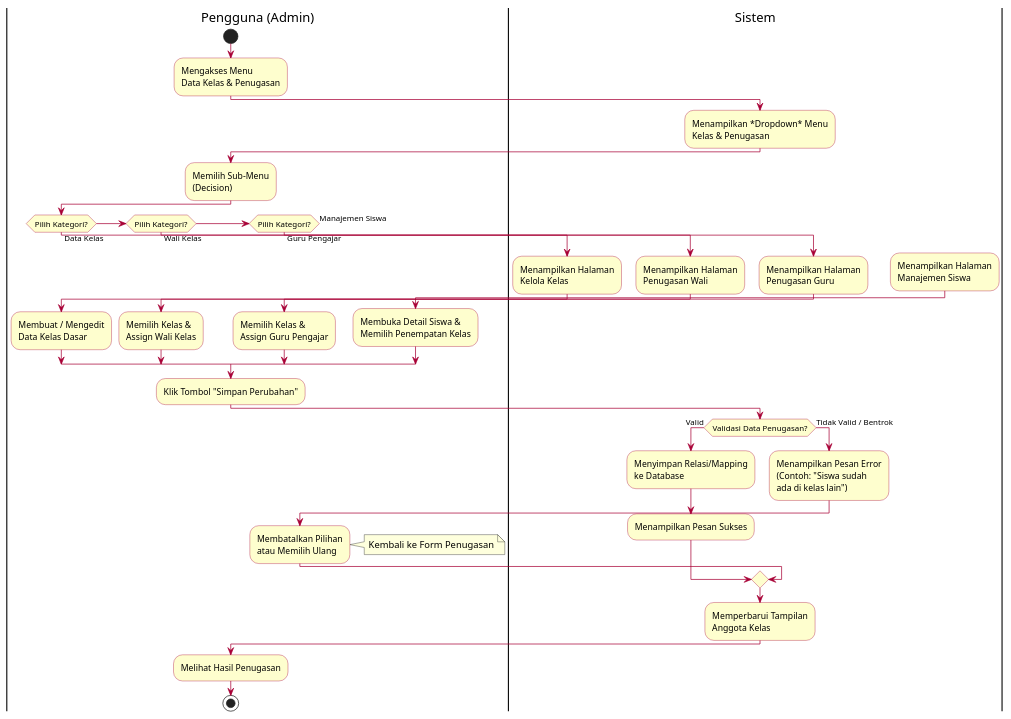
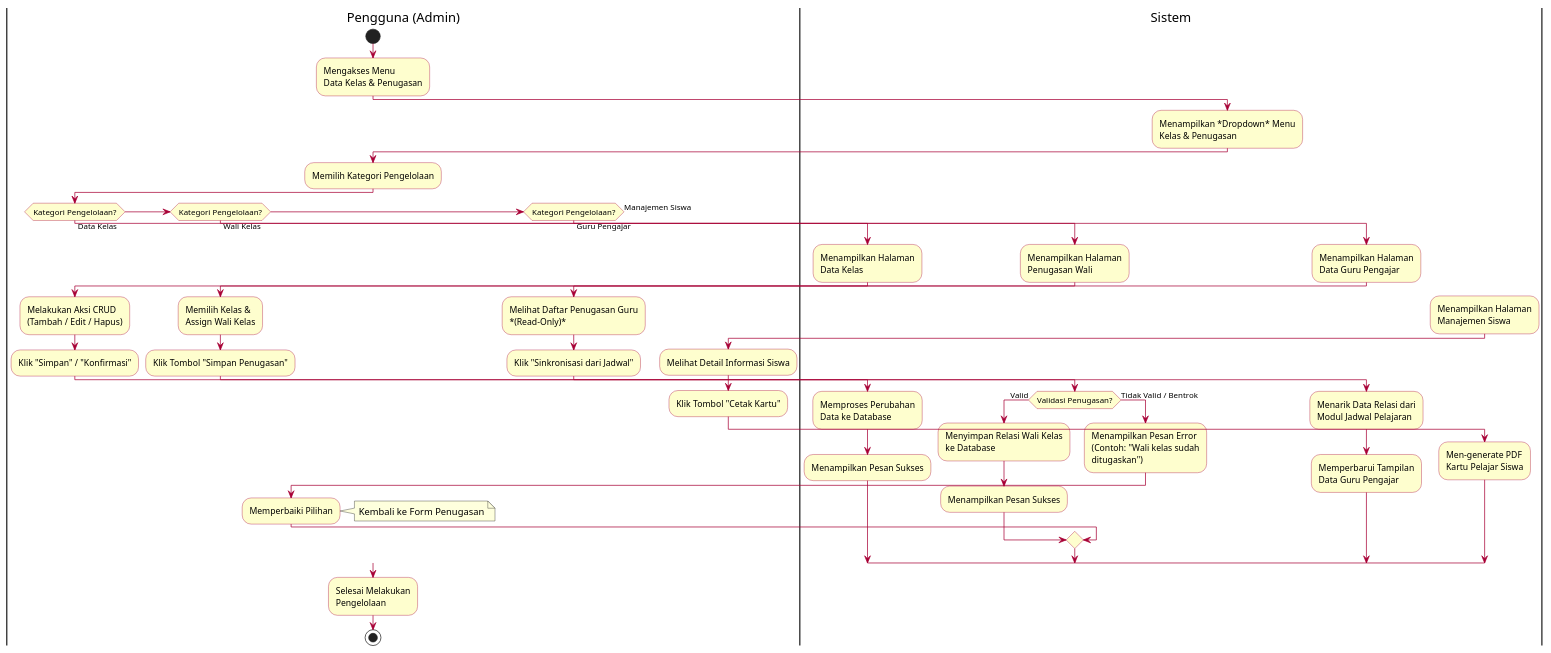
One commit to shendelzare7sw/sipaduhok changed the diagram in docs/flow/activity-kelola-kelas-penugasan.puml. Above: the diagram before and after it, drawn with PlantUML. The commit also changed 3 other files, not shown here.

Commit message:
docs: Update activity diagrams for CRUD and Kelas Penugasan

```diff
--- a/docs/flow/activity-kelola-kelas-penugasan.puml
+++ b/docs/flow/activity-kelola-kelas-penugasan.puml
@@ -1,62 +1,66 @@
 @startuml activity-kelola-kelas-penugasan
 skinparam ActivityBackgroundColor #FEFECE
 skinparam ActivityBorderColor #A80036
 skinparam ArrowColor #A80036
 
 |Pengguna (Admin)|
 start
 :Mengakses Menu\nData Kelas & Penugasan;
 
 |Sistem|
 :Menampilkan *Dropdown* Menu\nKelas & Penugasan;
 
 |Pengguna (Admin)|
-:Memilih Sub-Menu\n(Decision);
+:Memilih Kategori Pengelolaan;
 
-if (Pilih Kategori?) then (Data Kelas)
+if (Kategori Pengelolaan?) then (Data Kelas)
     |Sistem|
-    :Menampilkan Halaman\nKelola Kelas;
+    :Menampilkan Halaman\nData Kelas;
     |Pengguna (Admin)|
-    :Membuat / Mengedit\nData Kelas Dasar;
+    :Melakukan Aksi CRUD\n(Tambah / Edit / Hapus);
+    :Klik "Simpan" / "Konfirmasi";
+    |Sistem|
+    :Memproses Perubahan\nData ke Database;
+    :Menampilkan Pesan Sukses;
 
-elseif (Pilih Kategori?) then (Wali Kelas)
+elseif (Kategori Pengelolaan?) then (Wali Kelas)
     |Sistem|
     :Menampilkan Halaman\nPenugasan Wali;
     |Pengguna (Admin)|
     :Memilih Kelas &\nAssign Wali Kelas;
+    :Klik Tombol "Simpan Penugasan";
+    |Sistem|
+    if (Validasi Penugasan?) then (Valid)
+        :Menyimpan Relasi Wali Kelas\nke Database;
+        :Menampilkan Pesan Sukses;
+    else (Tidak Valid / Bentrok)
+        :Menampilkan Pesan Error\n(Contoh: "Wali kelas sudah\nditugaskan");
+        |Pengguna (Admin)|
+        :Memperbaiki Pilihan;
+        note right: Kembali ke Form Penugasan
+    endif
 
-elseif (Pilih Kategori?) then (Guru Pengajar)
+elseif (Kategori Pengelolaan?) then (Guru Pengajar)
     |Sistem|
-    :Menampilkan Halaman\nPenugasan Guru;
+    :Menampilkan Halaman\nData Guru Pengajar;
     |Pengguna (Admin)|
-    :Memilih Kelas &\nAssign Guru Pengajar;
+    :Melihat Daftar Penugasan Guru\n*(Read-Only)*;
+    :Klik "Sinkronisasi dari Jadwal";
+    |Sistem|
+    :Menarik Data Relasi dari\nModul Jadwal Pelajaran;
+    :Memperbarui Tampilan\nData Guru Pengajar;
 
 else (Manajemen Siswa)
     |Sistem|
     :Menampilkan Halaman\nManajemen Siswa;
     |Pengguna (Admin)|
-    :Membuka Detail Siswa &\nMemilih Penempatan Kelas;
+    :Melihat Detail Informasi Siswa;
+    :Klik Tombol "Cetak Kartu";
+    |Sistem|
+    :Men-generate PDF\nKartu Pelajar Siswa;
 endif
 
 |Pengguna (Admin)|
-:Klik Tombol "Simpan Perubahan";
-
-|Sistem|
-if (Validasi Data Penugasan?) then (Valid)
-    :Menyimpan Relasi/Mapping\nke Database;
-    :Menampilkan Pesan Sukses;
-else (Tidak Valid / Bentrok)
-    :Menampilkan Pesan Error\n(Contoh: "Siswa sudah\nada di kelas lain");
-    
-    |Pengguna (Admin)|
-    :Membatalkan Pilihan\natau Memilih Ulang;
-    note right: Kembali ke Form Penugasan
-endif
-
-|Sistem|
-:Memperbarui Tampilan\nAnggota Kelas;
-
-|Pengguna (Admin)|
-:Melihat Hasil Penugasan;
+:Selesai Melakukan\nPengelolaan;
 stop
 @enduml
```
